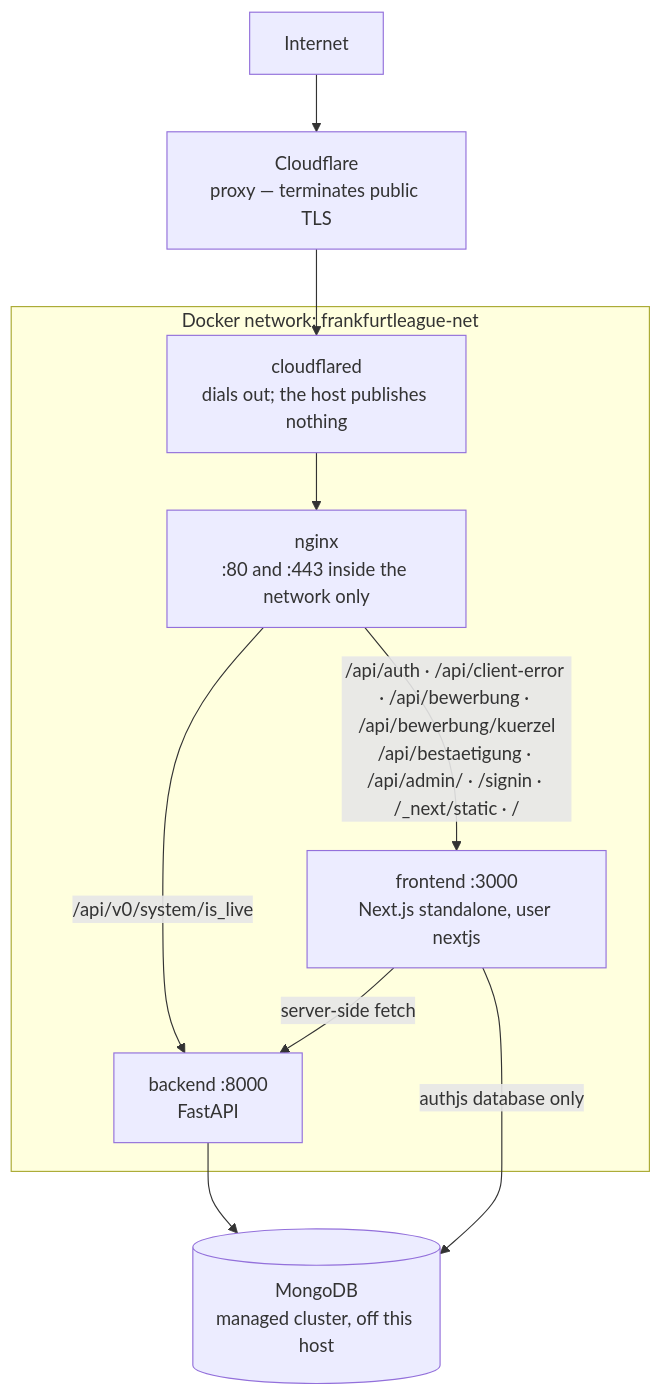
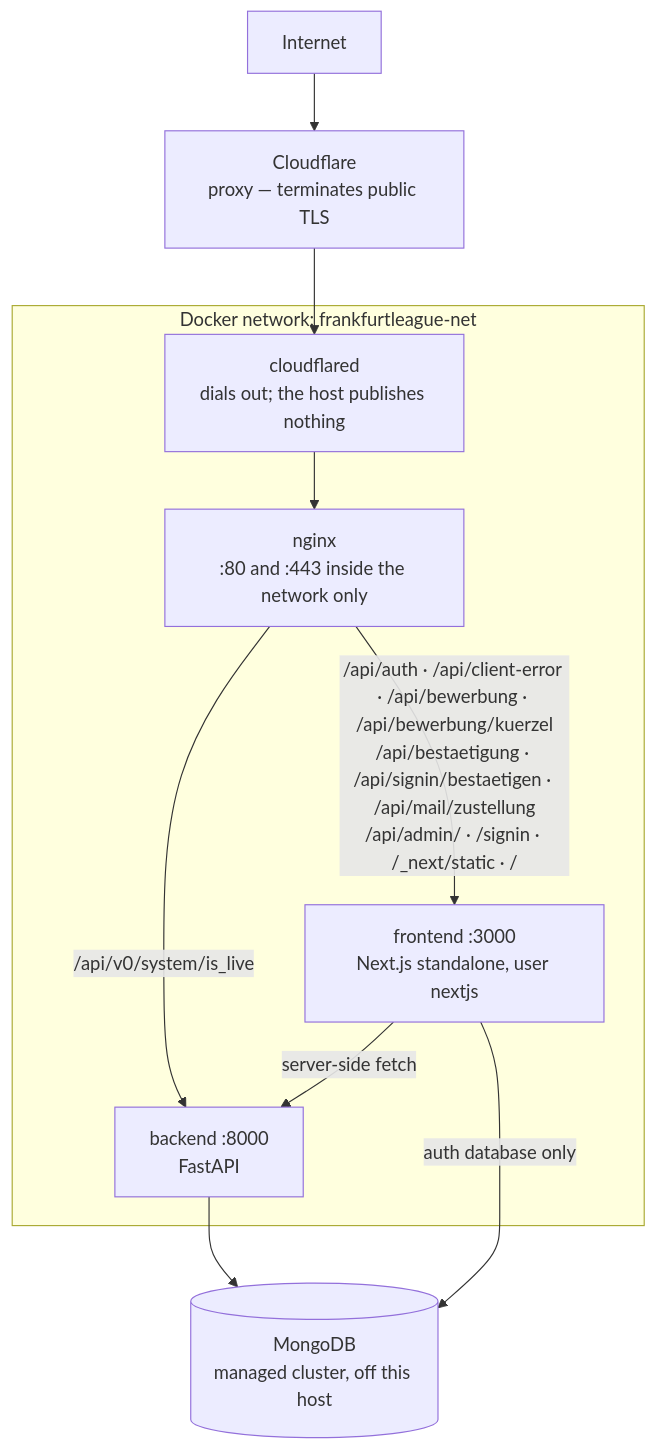
The diagram in docs/ops/overview.md (felzab/frankfurtleague), drawn with Mermaid before and after one commit. The commit also changed other lines of this file and 69 other files, not shown here.

````diff
--- a/docs/ops/overview.md
+++ b/docs/ops/overview.md
@@ -11,23 +11,23 @@
 ```mermaid
 graph TB
     internet["Internet"]
     cf["Cloudflare<br/>proxy — terminates public TLS"]
 
     subgraph net["Docker network: frankfurtleague-net"]
         connector["cloudflared<br/>dials out; the host publishes nothing"]
         nginx["nginx<br/>:80 and :443 inside the network only"]
         fe["frontend :3000<br/>Next.js standalone, user nextjs"]
         be["backend :8000<br/>FastAPI"]
     end
 
     mongo[("MongoDB<br/>managed cluster, off this host")]
 
     internet --> cf
     cf --> connector
     connector --> nginx
     nginx -->|"/api/v0/system/is_live"| be
-    nginx -->|"/api/auth · /api/client-error · /api/bewerbung · /api/bewerbung/kuerzel<br/>/api/bestaetigung · /api/admin/ · /signin · /_next/static · /"| fe
+    nginx -->|"/api/auth · /api/client-error · /api/bewerbung · /api/bewerbung/kuerzel<br/>/api/bestaetigung · /api/signin/bestaetigen · /api/mail/zustellung<br/>/api/admin/ · /signin · /_next/static · /"| fe
     fe -->|"server-side fetch"| be
-    fe -->|"authjs database only"| mongo
+    fe -->|"auth database only"| mongo
     be --> mongo
 ```
````
